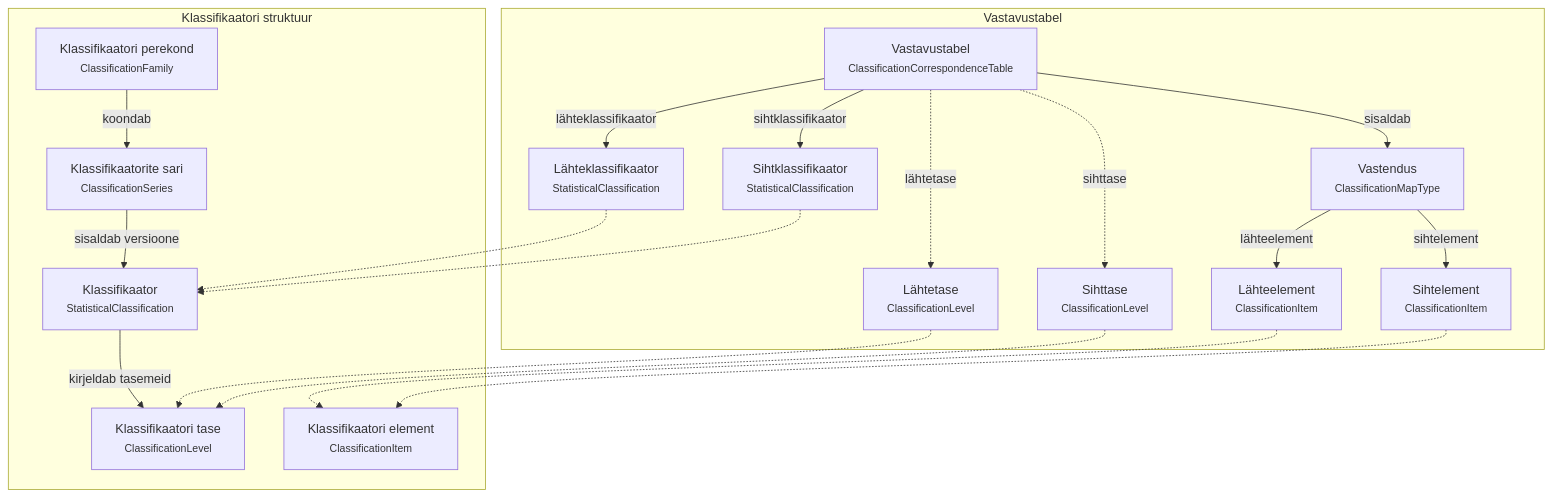
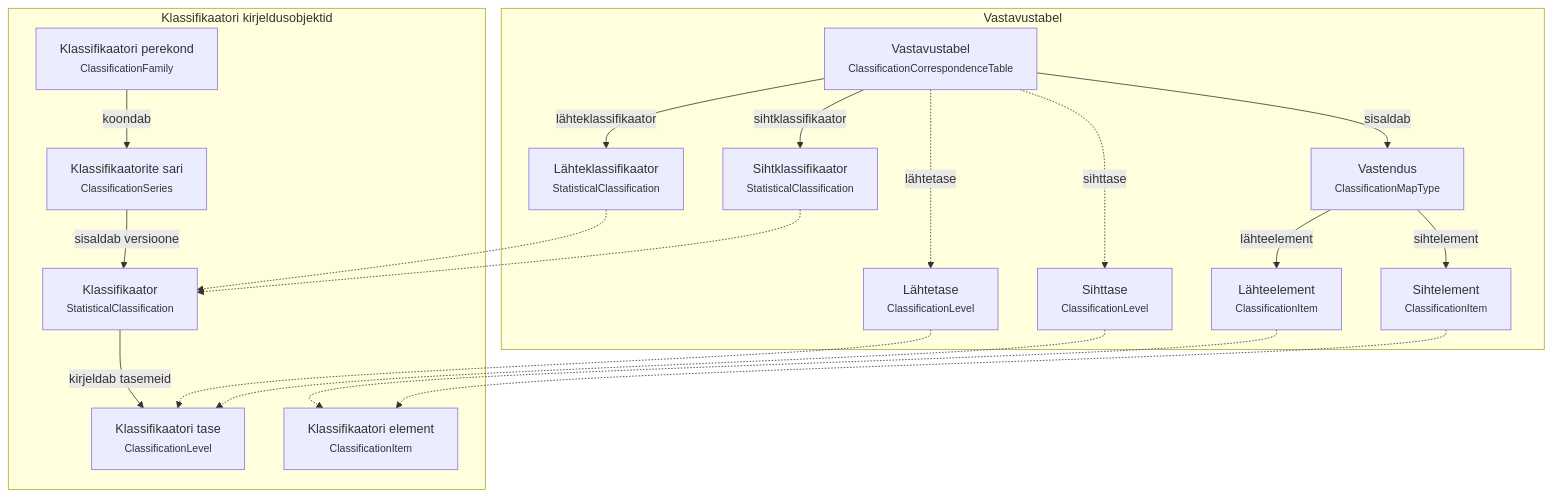
One commit to e-gov/Klassifikaatorite-ja-Koodiloendite-Standard changed the first of 7 diagrams in docs/klassifikaator/atribuudid.md. Above: the diagram before and after it, drawn with Mermaid. The commit also changed other lines of this file, not shown here.

````diff
--- a/docs/klassifikaator/atribuudid.md
+++ b/docs/klassifikaator/atribuudid.md
@@ -12,49 +12,49 @@
 ```mermaid
 flowchart TD
 
-subgraph HIER["Klassifikaatori struktuur"]
+subgraph HIER["Klassifikaatori kirjeldusobjektid"]
   CF["Klassifikaatori perekond<br/><small>ClassificationFamily</small>"]
   CS["Klassifikaatorite sari<br/><small>ClassificationSeries</small>"]
   SC["Klassifikaator<br/><small>StatisticalClassification</small>"]
   LV["Klassifikaatori tase<br/><small>ClassificationLevel</small>"]
   IT["Klassifikaatori element<br/><small>ClassificationItem</small>"]
 
   CF -->|koondab| CS
   CS -->|sisaldab versioone| SC
   SC -->|kirjeldab tasemeid| LV
 end
 
 subgraph CORR["Vastavustabel"]
   CT["Vastavustabel<br/><small>ClassificationCorrespondenceTable</small>"]
   MP["Vastendus<br/><small>ClassificationMapType</small>"]
 
   SRC_SC["Lähteklassifikaator<br/><small>StatisticalClassification</small>"]
   TGT_SC["Sihtklassifikaator<br/><small>StatisticalClassification</small>"]
 
   SRC_LV["Lähtetase<br/><small>ClassificationLevel</small>"]
   TGT_LV["Sihttase<br/><small>ClassificationLevel</small>"]
 
   SRC_IT["Lähteelement<br/><small>ClassificationItem</small>"]
   TGT_IT["Sihtelement<br/><small>ClassificationItem</small>"]
 
   CT -->|lähteklassifikaator| SRC_SC
   CT -->|sihtklassifikaator| TGT_SC
 
   CT -.->|lähtetase| SRC_LV
   CT -.->|sihttase| TGT_LV
 
   CT -->|sisaldab| MP
 
   MP -->|lähteelement| SRC_IT
   MP -->|sihtelement| TGT_IT
 end
 
 SRC_SC -.-> SC
 TGT_SC -.-> SC
 
 SRC_LV -.-> LV
 TGT_LV -.-> LV
 
 SRC_IT -.-> IT
 TGT_IT -.-> IT
 ```
````
